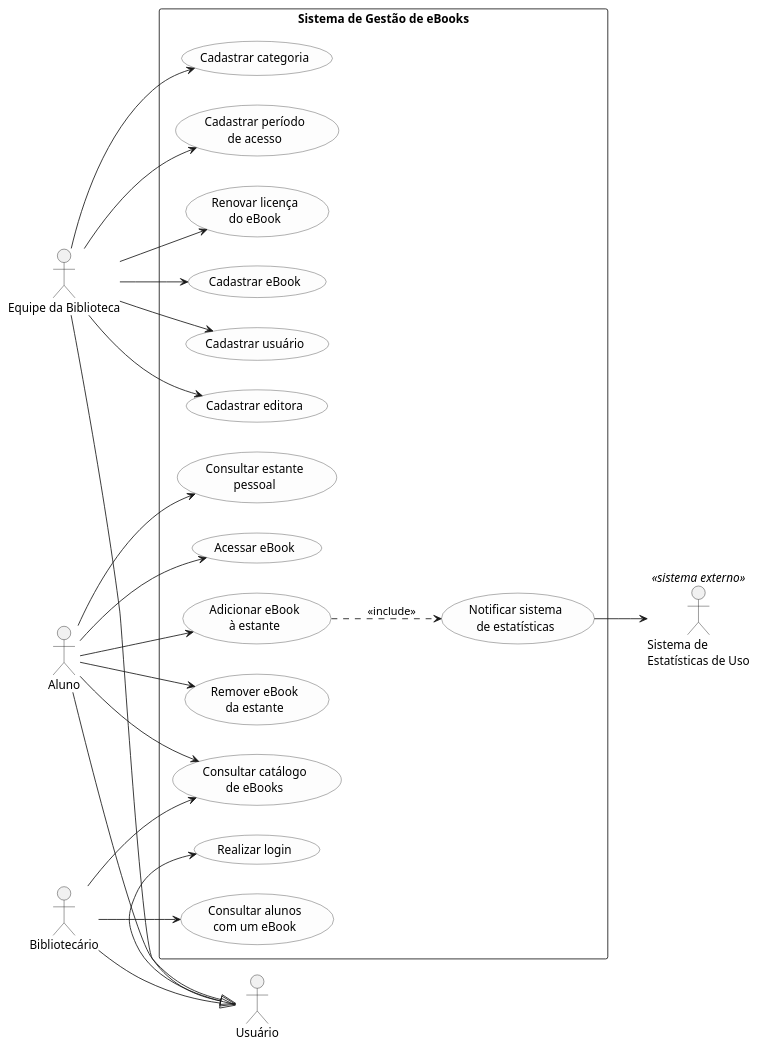
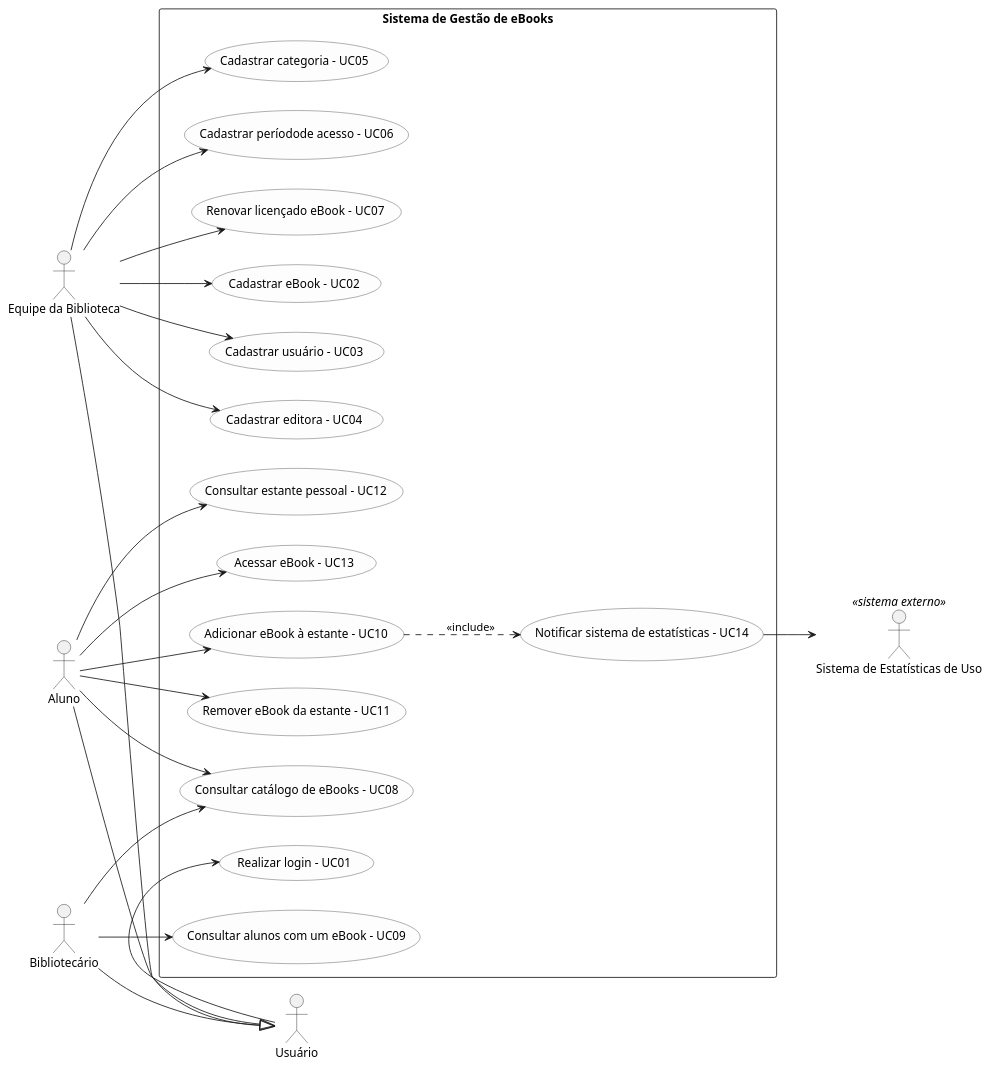
One commit to Aklages/lab01-ebooks-biblioteca changed the diagram in docs/diagramas/casos-de-uso.puml. Above: the diagram before and after it, drawn with PlantUML.

Commit message:
docs: Adicionando a hsitoria de usuario referente ao caso de uso

```diff
--- a/docs/diagramas/casos-de-uso.puml
+++ b/docs/diagramas/casos-de-uso.puml
@@ -1,81 +1,81 @@
 @startuml casos_de_uso_ebooks
 ' =====================================================================
 ' Sistema de Gestao de eBooks da Biblioteca Universitaria
 ' Diagrama de Casos de Uso - Lab01S01
 ' Fonte versionada em docs/diagramas/casos-de-uso.puml
 ' Versao enxuta: 14 casos de uso
 ' =====================================================================
 
 left to right direction
 skinparam packageStyle rectangle
 skinparam shadowing false
 skinparam usecase {
   BackgroundColor #FDFDFD
   BorderColor #444444
 }
 
 ' ========================= FRONTEIRA DO SISTEMA ======================
 rectangle "Sistema de Gestão de eBooks" {
 
   ' --- Autenticacao (Usuario) ---
-  usecase "Realizar login" as UC01
+  usecase "Realizar login - UC01" as UC01
 
   ' --- Manutencao do acervo e dos cadastros (Equipe da Biblioteca) ---
-  usecase "Cadastrar eBook" as UC02
-  usecase "Cadastrar usuário" as UC03
-  usecase "Cadastrar editora" as UC04
-  usecase "Cadastrar categoria" as UC05
-  usecase "Cadastrar período\nde acesso" as UC06
-  usecase "Renovar licença\ndo eBook" as UC07
+  usecase "Cadastrar eBook - UC02" as UC02
+  usecase "Cadastrar usuário - UC03" as UC03
+  usecase "Cadastrar editora - UC04" as UC04
+  usecase "Cadastrar categoria - UC05" as UC05
+  usecase "Cadastrar períodode acesso - UC06" as UC06
+  usecase "Renovar licençado eBook - UC07" as UC07
 
   ' --- Consultas (Aluno e Bibliotecario) ---
-  usecase "Consultar catálogo\nde eBooks" as UC08
-  usecase "Consultar alunos\ncom um eBook" as UC09
+  usecase "Consultar catálogo de eBooks - UC08" as UC08
+  usecase "Consultar alunos com um eBook - UC09" as UC09
 
   ' --- Estante pessoal (Aluno) ---
-  usecase "Adicionar eBook\nà estante" as UC10
-  usecase "Remover eBook\nda estante" as UC11
-  usecase "Consultar estante\npessoal" as UC12
-  usecase "Acessar eBook" as UC13
+  usecase "Adicionar eBook à estante - UC10" as UC10
+  usecase "Remover eBook da estante - UC11" as UC11
+  usecase "Consultar estante pessoal - UC12" as UC12
+  usecase "Acessar eBook - UC13" as UC13
 
   ' --- Notificacao ao sistema externo ---
-  usecase "Notificar sistema\nde estatísticas" as UC14
+  usecase "Notificar sistema de estatísticas - UC14" as UC14
 }
 
 ' ============================== ATORES ===============================
 actor Usuario as "Usuário"
 actor Aluno as "Aluno"
 actor Bibliotecario as "Bibliotecário"
 actor Equipe as "Equipe da Biblioteca"
 
 Aluno --|> Usuario
 Bibliotecario --|> Usuario
 Equipe --|> Usuario
 
-actor Estatisticas as "Sistema de\nEstatísticas de Uso" <<sistema externo>>
+actor Estatisticas as "Sistema de Estatísticas de Uso" <<sistema externo>>
 
 ' ============================ ASSOCIACOES ============================
 Usuario --> UC01
 
 Equipe --> UC02
 Equipe --> UC03
 Equipe --> UC04
 Equipe --> UC05
 Equipe --> UC06
 Equipe --> UC07
 
 Bibliotecario --> UC08
 Bibliotecario --> UC09
 
 Aluno --> UC08
 Aluno --> UC10
 Aluno --> UC11
 Aluno --> UC12
 Aluno --> UC13
 
 UC14 --> Estatisticas
 
 ' ====================== INCLUSAO ==============================
 UC10 ..> UC14 : <<include>>
 
 @enduml
```
